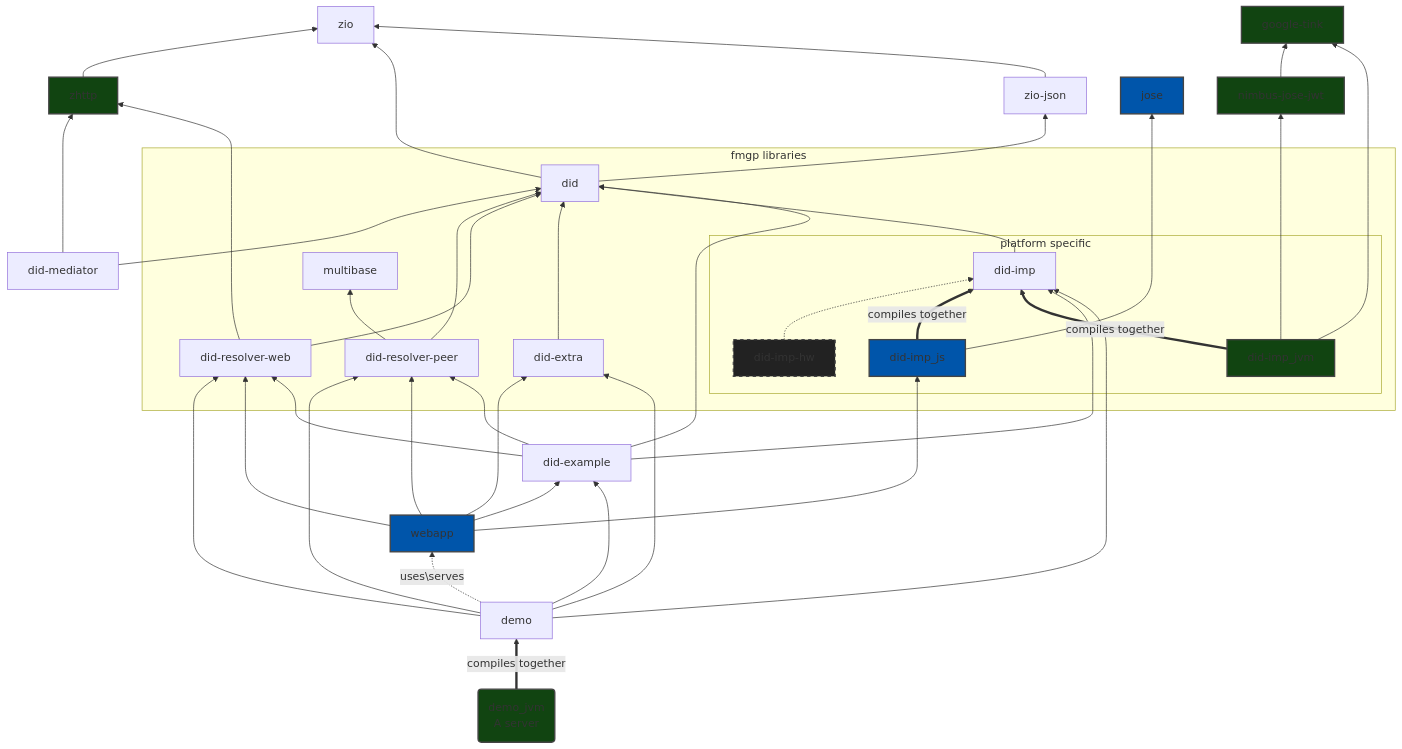
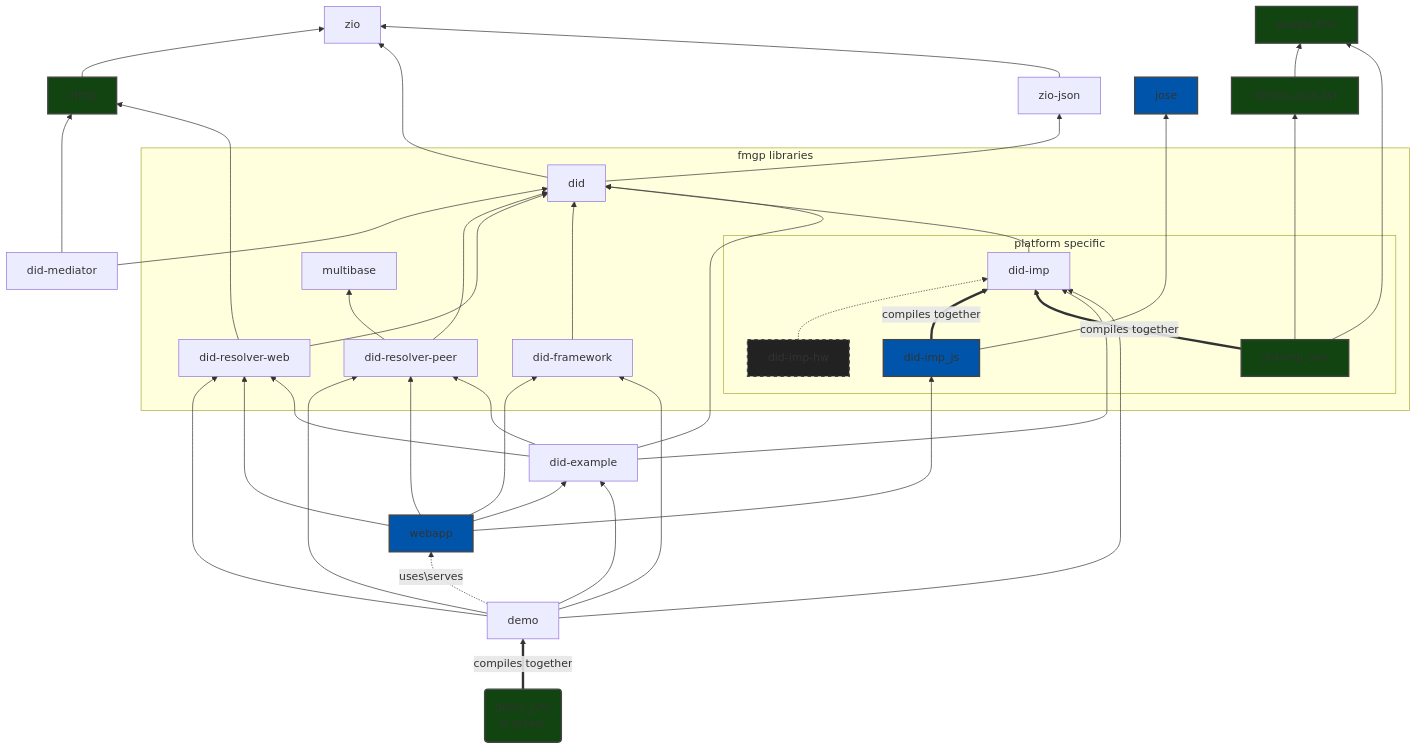
Before and after one commit to FabioPinheiro/scala-did: the diagram in README.md, drawn with Mermaid. The commit also changed 24 other files, not shown here.

First line of the commit message:
Rename did-extra into did-framework and publish

````diff
--- a/README.md
+++ b/README.md
@@ -115,57 +115,57 @@
 ```mermaid
 flowchart BT
 
   zhttp --> zio
   did --> zio
   zio-json --> zio
   did --> zio-json
   did-mediator ---> zhttp:::JVM
   did-mediator --> did 
   did-resolver-web ----> zhttp:::JVM
 
   subgraph fmgp libraries
     did-resolver-peer --> multibase
     subgraph platform specific
       did-imp
       did-imp-hw:::Others -.-> did-imp
       did-imp_js:::JS ==>|compiles together| did-imp
       did-imp_jvm:::JVM ==>|compiles together| did-imp
     end
     did-resolver-peer --> did
     did-resolver-web --> did
-    did-extra --> did
+    did-framework --> did
     did-imp --> did
   end
 
   did-example ----> did
   did-example --> did-imp
   demo --> did-imp 
 
   did-imp_jvm:::JVM ----> nimbus-jose-jwt:::JVM --> google-tink:::JVM
   did-imp_jvm:::JVM ---> google-tink
 
   did-imp_js ----> jose:::JS
 
   %% subgraph demo/docs
-    webapp:::JS --> did-extra
-    demo --> did-extra
+    webapp:::JS --> did-framework
+    demo --> did-framework
     demo --> did-resolver-web
     demo --> did-resolver-peer
     webapp:::JS --> did-imp_js
     webapp:::JS  --> did-resolver-web
     webapp:::JS  --> did-resolver-peer
     webapp:::JS  --> did-example
     demo  --> did-example
     demo -.->|uses\serves| webapp
 
     demo_jvm(demo_jvm\nA server):::JVM ==>|compiles together| demo
 
     did-example  --> did-resolver-peer
     did-example  --> did-resolver-web
   %% end
 
   classDef JVM fill:#141,stroke:#444,stroke-width:2px;
   classDef JS fill:#05a,stroke:#444,stroke-width:2px;
   classDef Others fill:#222,stroke:#444,stroke-width:2px,stroke-dasharray: 5 5;
 
 ```
````
